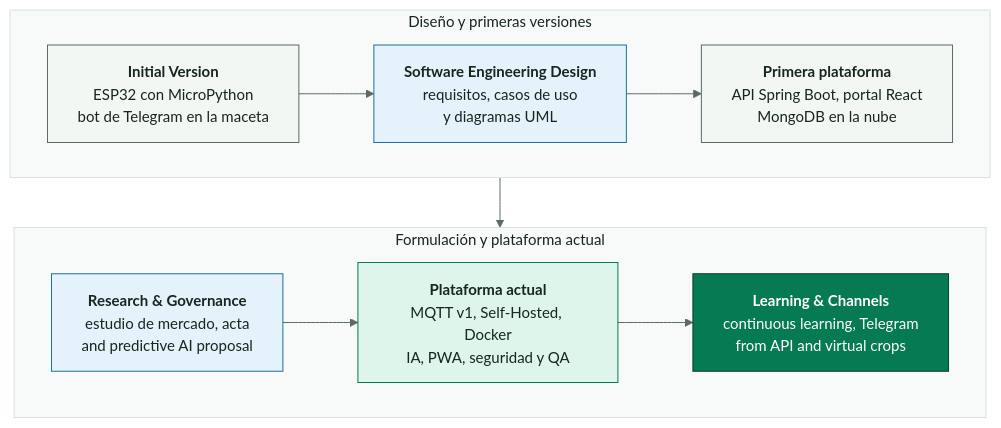
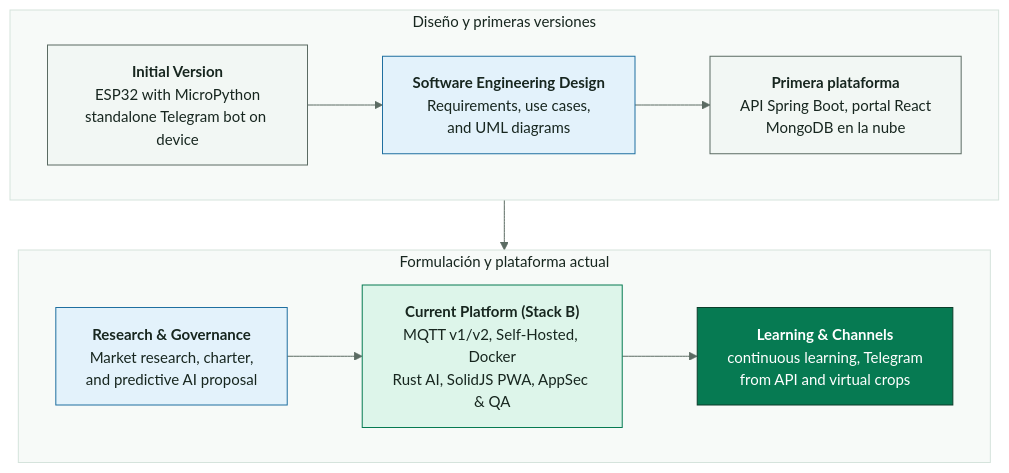
Before and after one commit to SmartPotTech/.github: the diagram in docs/diagrams/SmartPot_17_Evolution.mmd, drawn with Mermaid. The commit also changed 78 other files, not shown here.

Commit message:
docs(architecture): update and standardize architecture diagrams via archify [skip deploy] #no-deploy

```diff
--- a/docs/diagrams/SmartPot_17_Evolution.mmd
+++ b/docs/diagrams/SmartPot_17_Evolution.mmd
@@ -1,21 +1,21 @@
 %%{init: {"theme": "base", "fontFamily": "Segoe UI, Arial, sans-serif", "themeVariables": {"fontFamily": "Segoe UI, Arial, sans-serif", "fontSize": "15px", "primaryColor": "#DDF5EA", "primaryTextColor": "#17261F", "primaryBorderColor": "#067A52", "secondaryColor": "#E3F2FB", "secondaryTextColor": "#17261F", "secondaryBorderColor": "#1F6FA0", "tertiaryColor": "#F2F7F4", "tertiaryTextColor": "#17261F", "tertiaryBorderColor": "#D5E3DC", "lineColor": "#5B6B63", "textColor": "#17261F", "mainBkg": "#DDF5EA", "nodeBorder": "#067A52", "clusterBkg": "#F7FAF8", "clusterBorder": "#D5E3DC", "edgeLabelBackground": "#FFFFFF", "actorBkg": "#067A52", "actorBorder": "#0B3D2B", "actorTextColor": "#FFFFFF", "actorLineColor": "#5B6B63", "signalColor": "#17261F", "signalTextColor": "#17261F", "labelBoxBkgColor": "#0B3D2B", "labelBoxBorderColor": "#0B3D2B", "labelTextColor": "#FFFFFF", "loopTextColor": "#0B3D2B", "noteBkgColor": "#FDF4DD", "noteBorderColor": "#C98D12", "noteTextColor": "#17261F", "activationBkgColor": "#DDF5EA", "activationBorderColor": "#067A52", "attributeBackgroundColorOdd": "#FFFFFF", "attributeBackgroundColorEven": "#F2F7F4"}}}%%
 flowchart TB
   subgraph antes["Diseño y primeras versiones"]
     direction LR
-    f1["<b>Initial Version</b><br/>ESP32 con MicroPython<br/>bot de Telegram en la maceta"] --> f2["<b>Software Engineering Design</b><br/>requisitos, casos de uso<br/>y diagramas UML"]
+    f1["<b>Initial Version</b><br/>ESP32 with MicroPython<br/>standalone Telegram bot on device"] --> f2["<b>Software Engineering Design</b><br/>Requirements, use cases,<br/>and UML diagrams"]
     f2 --> f3["<b>Primera plataforma</b><br/>API Spring Boot, portal React<br/>MongoDB en la nube"]
   end
   subgraph despues["Formulación y plataforma actual"]
     direction LR
-    f4["<b>Research & Governance</b><br/>estudio de mercado, acta<br/>and predictive AI proposal"] --> f5["<b>Plataforma actual</b><br/>MQTT v1, Self-Hosted, Docker<br/>IA, PWA, seguridad y QA"]
+    f4["<b>Research & Governance</b><br/>Market research, charter,<br/>and predictive AI proposal"] --> f5["<b>Current Platform (Stack B)</b><br/>MQTT v1/v2, Self-Hosted, Docker<br/>Rust AI, SolidJS PWA, AppSec & QA"]
     f5 --> f6["<b>Learning & Channels</b><br/>continuous learning, Telegram<br/>from API and virtual crops"]
   end
   antes --> despues
   classDef past fill:#F2F7F4,stroke:#5B6B63,color:#17261F
   classDef design fill:#E3F2FB,stroke:#1F6FA0,color:#17261F
   classDef now fill:#DDF5EA,stroke:#067A52,color:#17261F
   classDef latest fill:#067A52,stroke:#0B3D2B,color:#FFFFFF
   class f1,f3 past
   class f2,f4 design
   class f5 now
   class f6 latest
```
